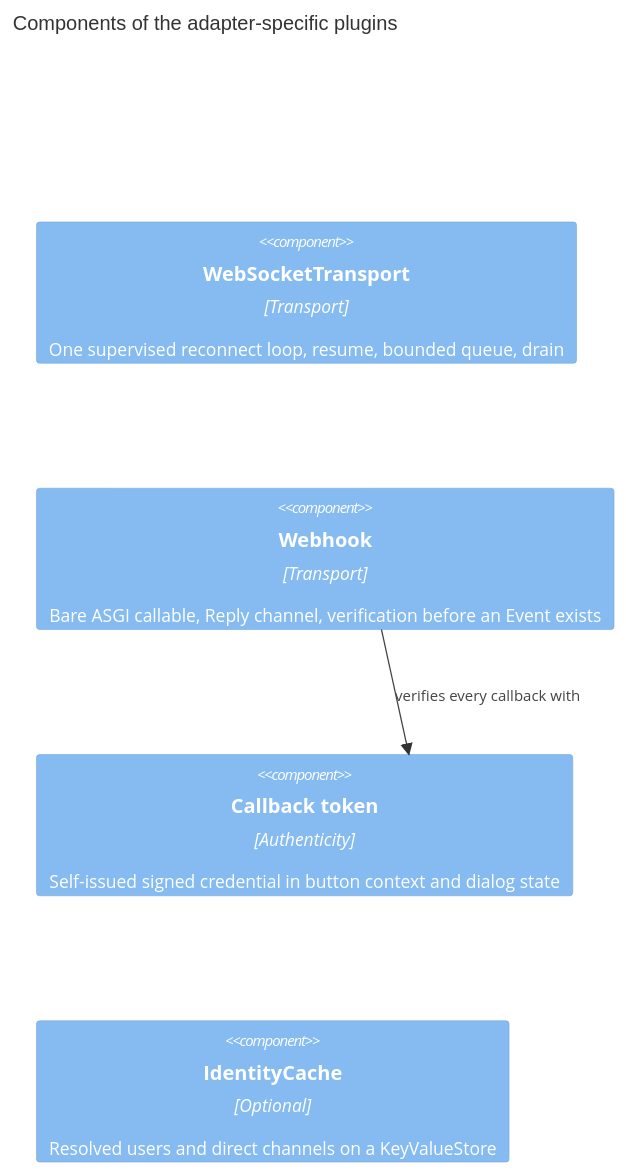
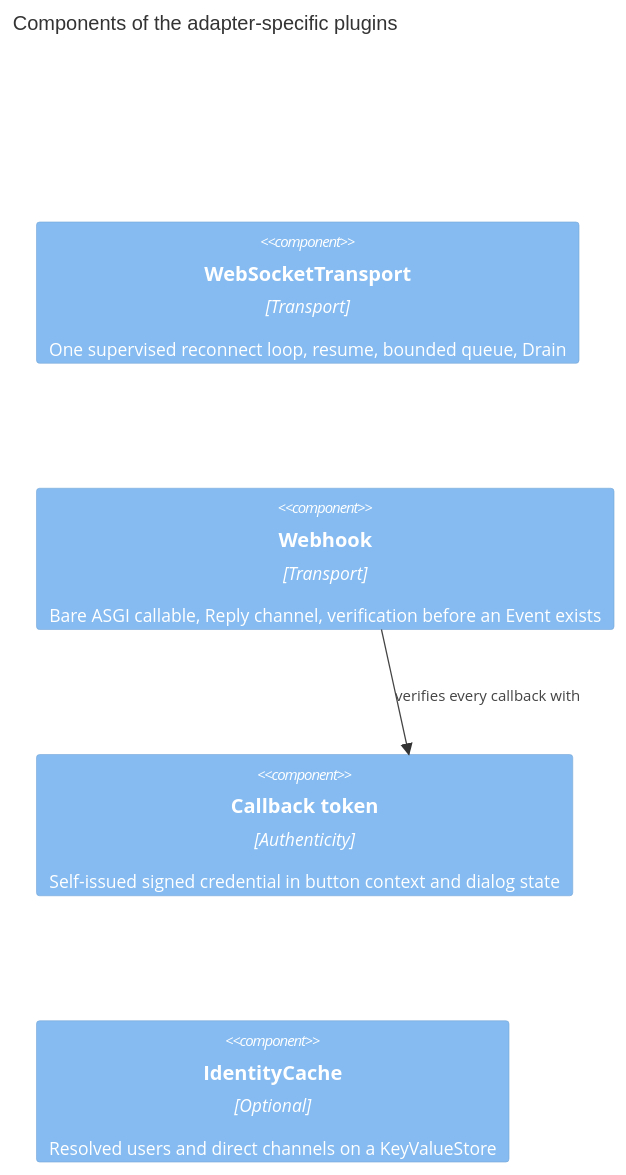
The sixth of 7 diagrams in docs/design/05-building-block-view.md (dmastapkovich/aiommbot), drawn with Mermaid before and after one commit. The commit also changed other lines of this file and 26 other files, not shown here.

````diff
--- a/docs/design/05-building-block-view.md
+++ b/docs/design/05-building-block-view.md
@@ -300,9 +300,9 @@
 ```mermaid
 C4Component
     title Components of the adapter-specific plugins
-    Component(ws, "WebSocketTransport", "Transport", "One supervised reconnect loop, resume, bounded queue, drain")
+    Component(ws, "WebSocketTransport", "Transport", "One supervised reconnect loop, resume, bounded queue, Drain")
     Component(webhook, "Webhook", "Transport", "Bare ASGI callable, Reply channel, verification before an Event exists")
     Component(token, "Callback token", "Authenticity", "Self-issued signed credential in button context and dialog state")
     Component(cache, "IdentityCache", "Optional", "Resolved users and direct channels on a KeyValueStore")
     Rel(webhook, token, "verifies every callback with")
 ```
````
